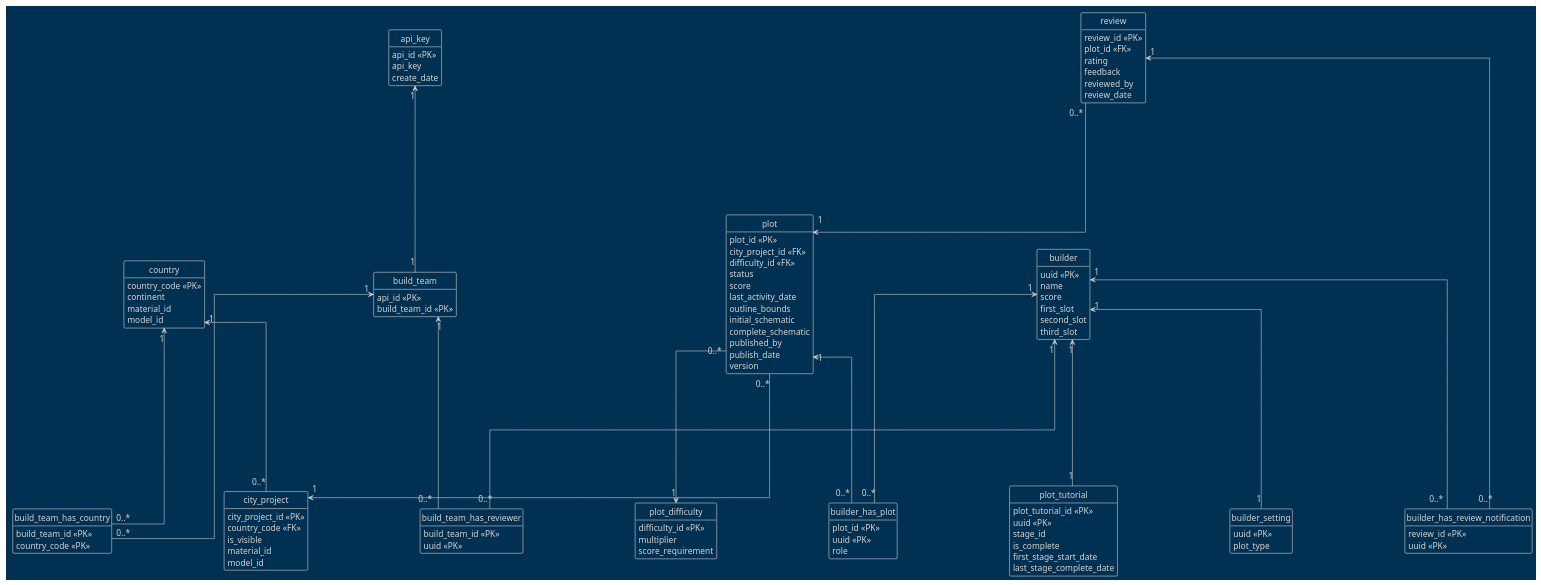
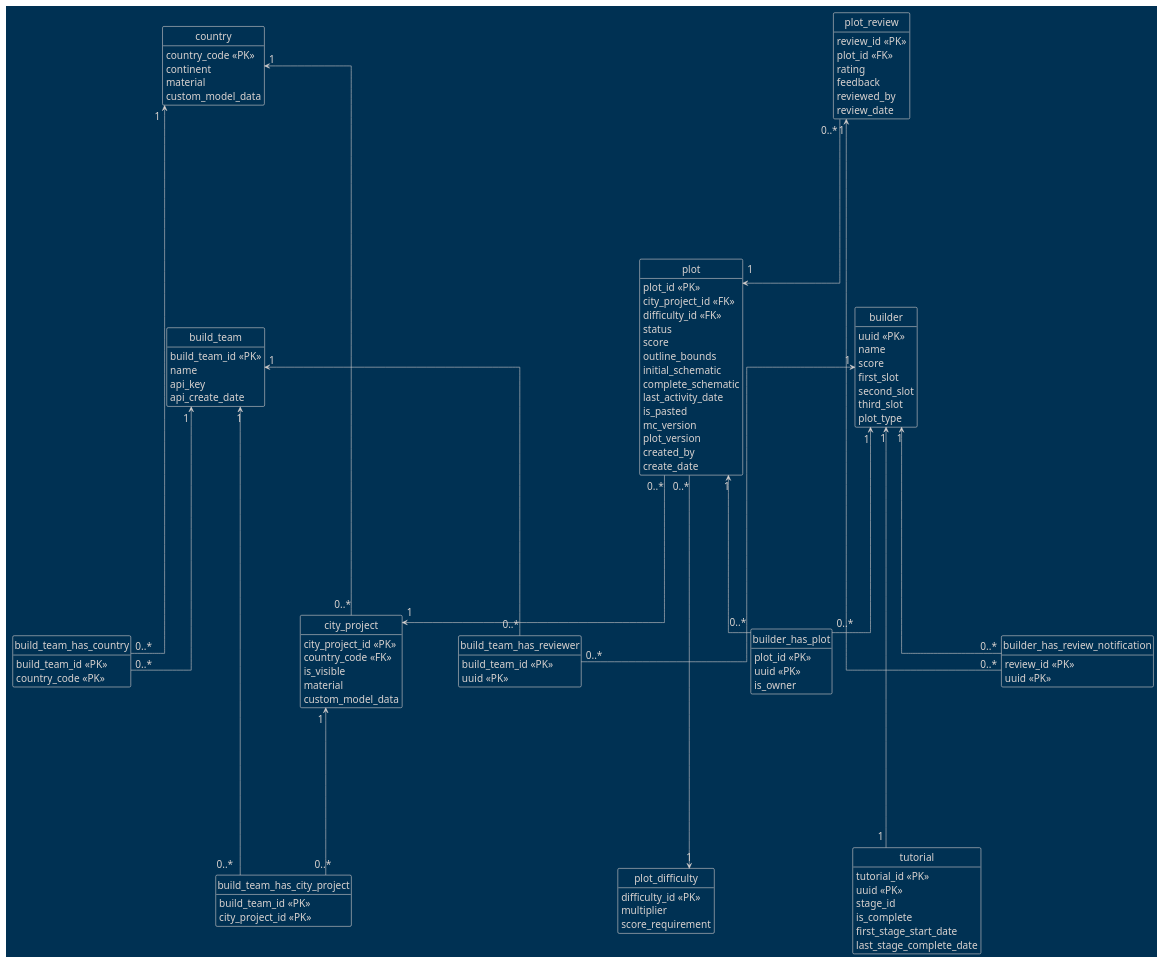
One commit to AlpsBTE/Plot-System-DB changed the diagram in logical-db.puml. Above: the diagram before and after it, drawn with PlantUML. The commit also changed 1 other file, not shown here.

Commit message:
update conceptual and logical db model

```diff
--- a/logical-db.puml
+++ b/logical-db.puml
@@ -1,132 +1,131 @@
 @startuml
-skinparam nodesep 200
-skinparam ranksep 200
-skinparam defaultFontSize 15
+skinparam nodesep 100
+skinparam ranksep 250
+skinparam defaultFontSize 18
 
 skinparam linetype ortho
 
 hide circle
 hide empty members
 !theme blueprint
 
-entity api_key {
-    api_id <<PK>>
+entity build_team {
+    build_team_id <<PK>>
+    name
     api_key
-    create_date
-}
-
-entity build_team {
-    api_id <<PK>>
-    build_team_id <<PK>>
+    api_create_date
 }
 
 entity country {
     country_code <<PK>>
     continent
-    material_id
-    model_id
+    material
+    custom_model_data
 }
 
 entity city_project {
     city_project_id <<PK>>
     country_code <<FK>>
     is_visible
-    material_id
-    model_id
+    material
+    custom_model_data
 }
 
 entity builder {
     uuid <<PK>>
     name
     score
     first_slot
     second_slot
     third_slot
-}
-
-entity builder_setting {
-    uuid <<PK>>
     plot_type
 }
 
 entity plot_difficulty {
     difficulty_id <<PK>>
     multiplier
     score_requirement
 }
 
 entity plot {
     plot_id <<PK>>
     city_project_id <<FK>>
     difficulty_id <<FK>>
     status
     score
-    last_activity_date
     outline_bounds
     initial_schematic
     complete_schematic
-    published_by
-    publish_date
-    version
+    last_activity_date
+    is_pasted
+    mc_version
+    plot_version
+    created_by
+    create_date
 }
 
-entity plot_tutorial {
-    plot_tutorial_id <<PK>>
+entity tutorial {
+    tutorial_id <<PK>>
     uuid <<PK>>
     stage_id
     is_complete
     first_stage_start_date
     last_stage_complete_date
 }
 
-entity review {
+entity plot_review {
     review_id <<PK>>
     plot_id <<FK>>
     rating
     feedback
     reviewed_by
     review_date
 }
 
 entity build_team_has_country {
     build_team_id <<PK>>
     country_code <<PK>>
+}
+
+entity build_team_has_city_project {
+    build_team_id <<PK>>
+    city_project_id <<PK>>
 }
 
 entity build_team_has_reviewer {
     build_team_id <<PK>>
     uuid <<PK>>
 }
 
 entity builder_has_review_notification {
     review_id <<PK>>
     uuid <<PK>>
 }
 
 entity builder_has_plot {
     plot_id <<PK>>
     uuid <<PK>>
-    role
+    is_owner
 }
 
-api_key "1" <-- "1" build_team
-
+build_team "1" <-- "0..*" build_team_has_city_project
 build_team "1" <-- "0..*" build_team_has_country
 build_team "1" <-- "0..*" build_team_has_reviewer
 
-country "1" <-- "0..*" city_project
-country "1" <-- "0..*" build_team_has_country
+country "1" <--- "0..*" city_project
+country "1" <--- "0..*" build_team_has_country
 
-review "0..*" --> "1" plot
-review "1" <-- "0..*" builder_has_review_notification
+city_project "1" <-- "0..*" build_team_has_city_project
 
-builder "1" <-- "1" builder_setting
+plot_review "1" <-- "0..*" builder_has_review_notification
+plot_review "0..*" --> "1" plot
+
 builder "1" <-- "0..*" build_team_has_reviewer
-builder "1" <-- "1" plot_tutorial
+builder "1" <--- "1" tutorial
 builder "1" <-- "0..*" builder_has_review_notification
 builder "1" <-- "0..*" builder_has_plot
 
 plot "0..*" --> "1" city_project
-plot "0..*" --> "1" plot_difficulty
+plot "0..*" ---> "1" plot_difficulty
 plot "1" <-- "0..*" builder_has_plot
 @enduml
```
